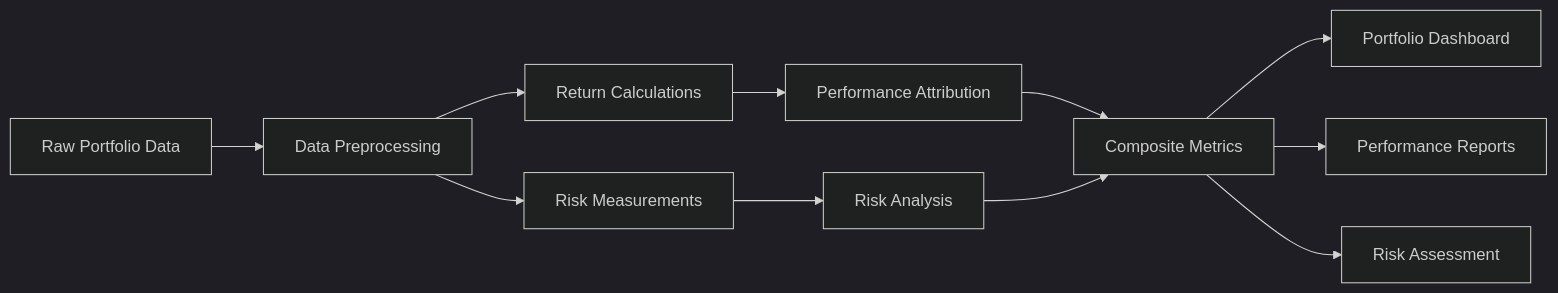
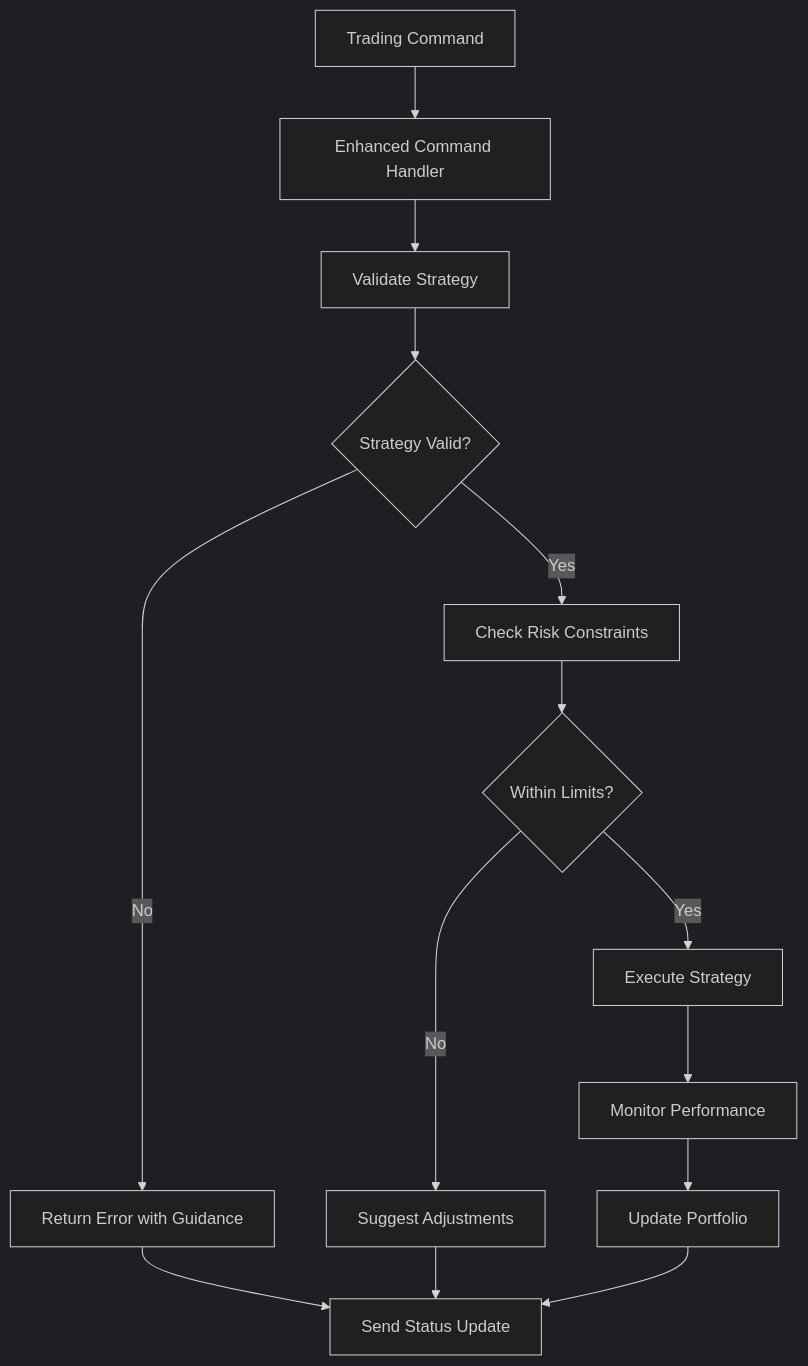
One commit to ZengSeng/telegram-bot changed the fifth of 9 diagrams in .qoder/repowiki/en/content/Core Components/Stock Trading Bot.md. Above: the diagram before and after it, drawn with Mermaid (dark theme). The commit also changed other lines of this file and 7 other files, not shown here.

````diff
--- a/.qoder/repowiki/en/content/Core Components/Stock Trading Bot.md
+++ b/.qoder/repowiki/en/content/Core Components/Stock Trading Bot.md
@@ -444,13 +499,16 @@
 ```mermaid
-flowchart LR
-A[Raw Portfolio Data] --> B[Data Preprocessing]
-B --> C[Return Calculations]
-B --> D[Risk Measurements]
-C --> E[Performance Attribution]
-D --> F[Risk Analysis]
-E --> G[Composite Metrics]
-F --> G
-G --> H[Portfolio Dashboard]
-G --> I[Performance Reports]
-G --> J[Risk Assessment]
+flowchart TD
+A[Trading Command] --> B[Enhanced Command Handler]
+B --> C[Validate Strategy]
+C --> D{Strategy Valid?}
+D --> |No| E[Return Error with Guidance]
+D --> |Yes| F[Check Risk Constraints]
+F --> G{Within Limits?}
+G --> |No| H[Suggest Adjustments]
+G --> |Yes| I[Execute Strategy]
+I --> J[Monitor Performance]
+J --> K[Update Portfolio]
+K --> L[Send Status Update]
+E --> L
+H --> L
 ```
````
